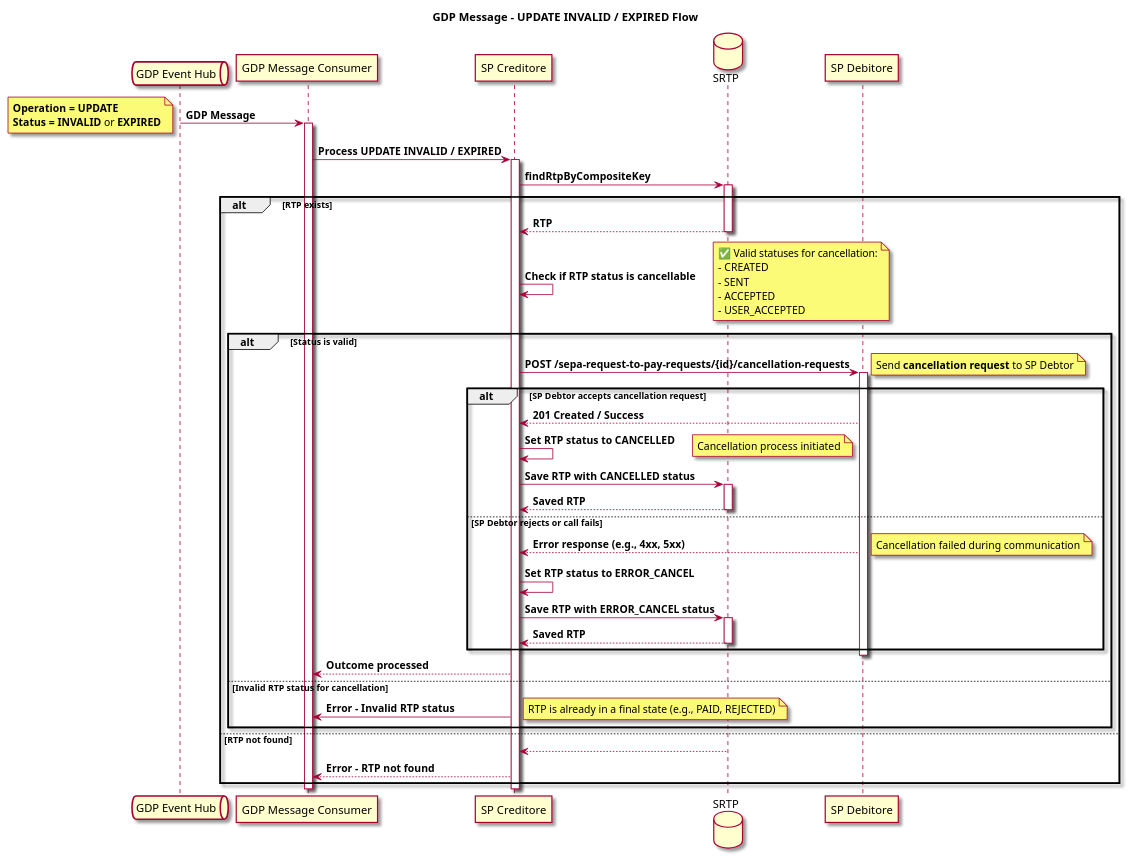
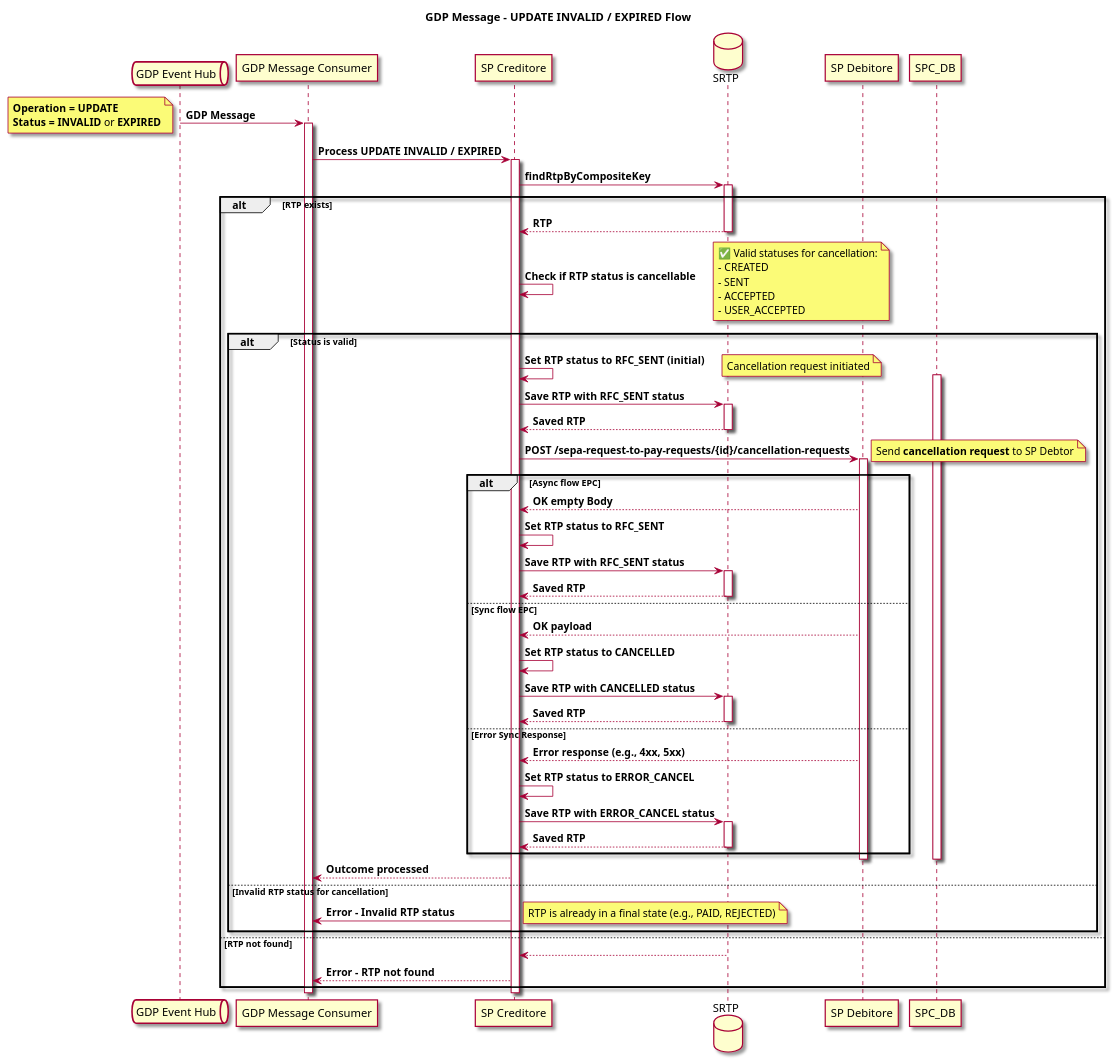
Before and after one commit to pagopa/rtp-docs: the diagram in diagrams/update-expired-invalid-queue-schema.puml, drawn with PlantUML. The commit also changed 6 other files, not shown here.

```diff
--- a/diagrams/update-expired-invalid-queue-schema.puml
+++ b/diagrams/update-expired-invalid-queue-schema.puml
@@ -1,81 +1,90 @@
 @startuml
 skin rose
 title GDP Message - **UPDATE INVALID / EXPIRED** Flow
 
 queue "GDP Event Hub" as Queue
 participant "GDP Message Consumer" as Consumer
 participant "SP Creditore" as SPC
 database "SRTP" as SRTP
 participant "SP Debitore" as SPD
 
 Queue -> Consumer: **GDP Message**
 note left
   **Operation = UPDATE**
   **Status = INVALID** or **EXPIRED**
 end note
 
 activate Consumer
 Consumer -> SPC: **Process UPDATE INVALID / EXPIRED**
 activate SPC
 
 SPC -> SRTP: **findRtpByCompositeKey**
 activate SRTP
 
 alt **RTP exists**
   SRTP --> SPC: **RTP**
   deactivate SRTP
 
   SPC -> SPC: **Check if RTP status is cancellable**
   note right
     ✅ Valid statuses for cancellation:
     - CREATED
     - SENT
     - ACCEPTED
     - USER_ACCEPTED
   end note
 
   alt **Status is valid**
+    SPC -> SPC: **Set RTP status to RFC_SENT (initial)**
+    note right: Cancellation request initiated
+    activate SPC_DB
+    SPC -> SRTP: **Save RTP with RFC_SENT status**
+    activate SRTP
+    SRTP --> SPC: **Saved RTP**
+    deactivate SRTP
+
     SPC -> SPD: **POST /sepa-request-to-pay-requests/{id}/cancellation-requests**
     note right: Send **cancellation request** to SP Debtor
     activate SPD
 
-    alt **SP Debtor accepts cancellation request**
-      SPD --> SPC: **201 Created / Success**
-
+    alt **Async flow EPC**
+      SPD --> SPC: **OK empty Body**
+      SPC -> SPC: **Set RTP status to RFC_SENT**
+      SPC -> SRTP: **Save RTP with RFC_SENT status**
+      activate SRTP
+      SRTP --> SPC: **Saved RTP**
+      deactivate SRTP
+    else **Sync flow EPC**
+      SPD --> SPC: **OK payload**
       SPC -> SPC: **Set RTP status to CANCELLED**
-      note right: Cancellation process initiated
-
       SPC -> SRTP: **Save RTP with CANCELLED status**
       activate SRTP
       SRTP --> SPC: **Saved RTP**
       deactivate SRTP
-
-    else **SP Debtor rejects or call fails**
+    else **Error Sync Response**
       SPD --> SPC: **Error response (e.g., 4xx, 5xx)**
-      note right: Cancellation failed during communication
-
       SPC -> SPC: **Set RTP status to ERROR_CANCEL**
-
       SPC -> SRTP: **Save RTP with ERROR_CANCEL status**
       activate SRTP
       SRTP --> SPC: **Saved RTP**
       deactivate SRTP
     end
 
     deactivate SPD
+    deactivate SPC_DB
     SPC --> Consumer: **Outcome processed**
 
   else **Invalid RTP status for cancellation**
     SPC -> Consumer: **Error – Invalid RTP status**
     note right: RTP is already in a final state (e.g., PAID, REJECTED)
   end
 
 else **RTP not found**
   SRTP --> SPC
   deactivate SRTP
   SPC --> Consumer: **Error – RTP not found**
 end
 
 deactivate SPC
 deactivate Consumer
 @enduml
```
